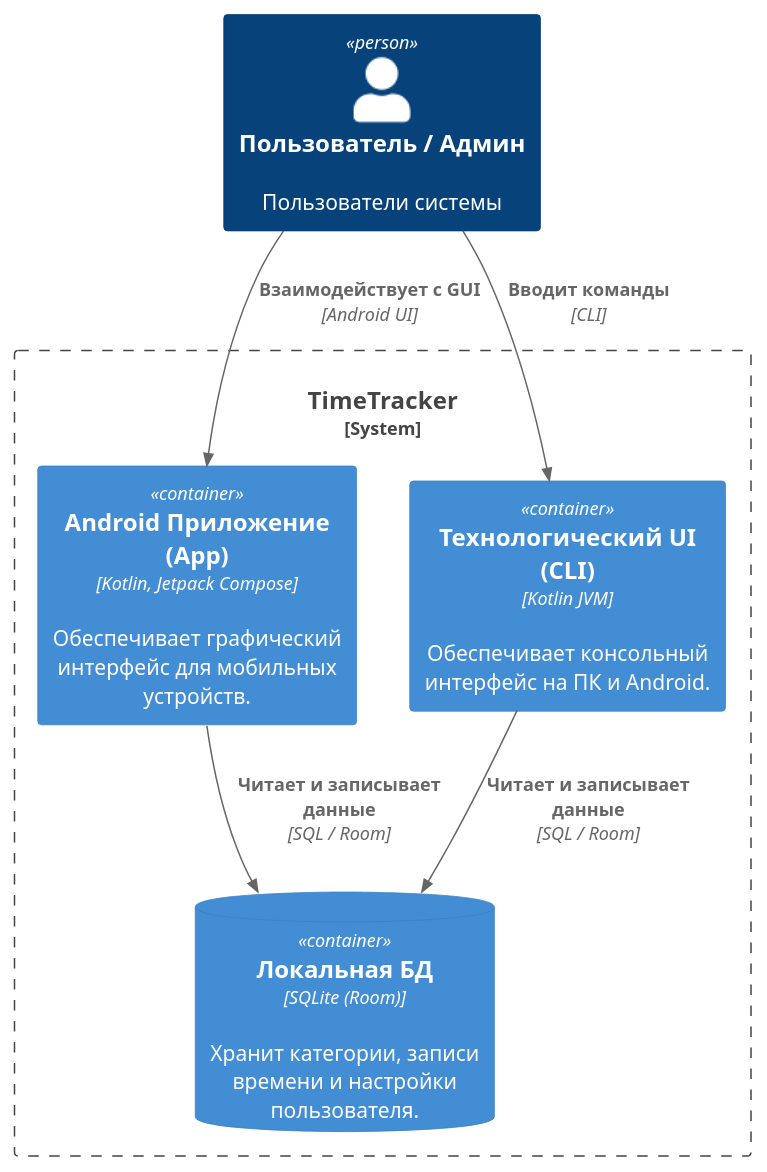
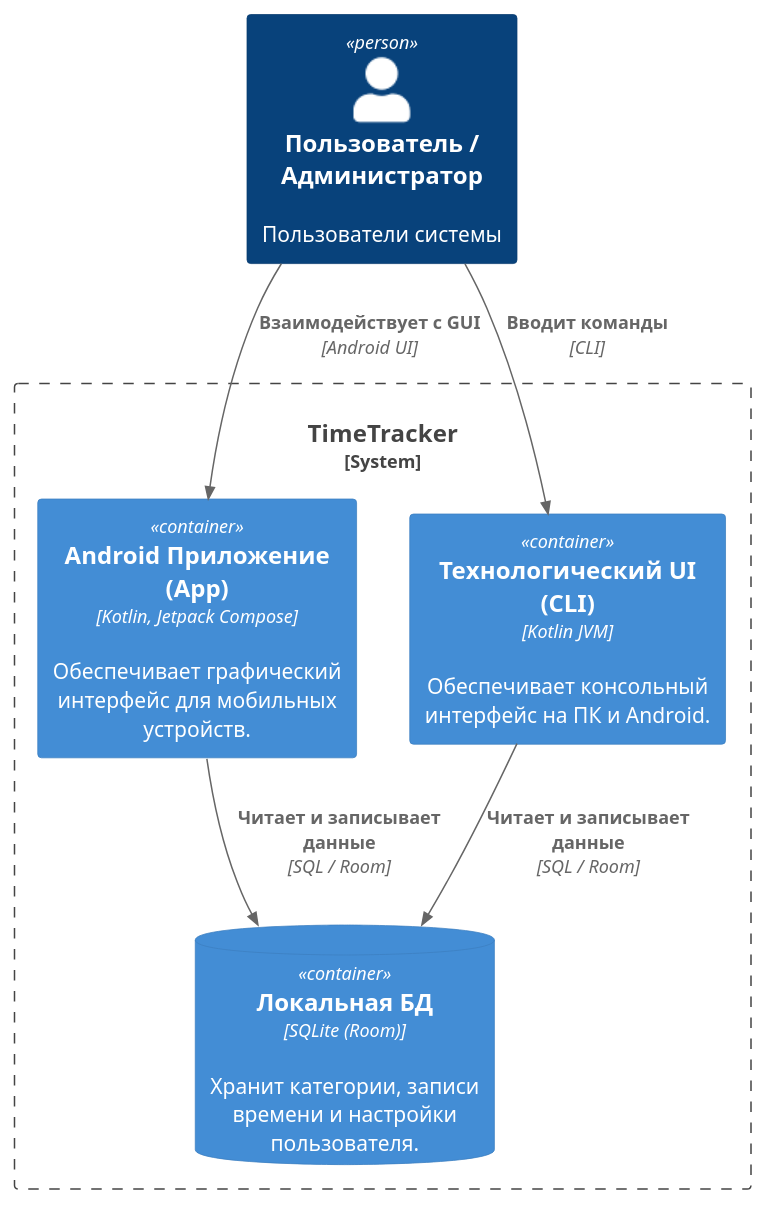
Before and after one commit to da-fuu/IU7_7sem_Web: the diagram in docs/L2.puml, drawn with PlantUML. The commit also changed 6 other files, not shown here.

```diff
--- a/docs/L2.puml
+++ b/docs/L2.puml
@@ -1,21 +1,21 @@
 @startuml
 !include <c4/C4_Container.puml>
 
-Person(user, "Пользователь / Админ", "Пользователи системы")
+Person(user, "Пользователь / Администратор", "Пользователи системы")
 
 System_Boundary(time_tracker_system, "TimeTracker") {
 
     Container(app, "Android Приложение (App)", "Kotlin, Jetpack Compose", "Обеспечивает графический интерфейс для мобильных устройств.")
 
     Container(tech_ui, "Технологический UI (CLI)", "Kotlin JVM", "Обеспечивает консольный интерфейс на ПК и Android.")
 
     ContainerDb(local_db, "Локальная БД", "SQLite (Room)", "Хранит категории, записи времени и настройки пользователя.")
 }
 
 Rel(user, app, "Взаимодействует с GUI", "Android UI")
 Rel(user, tech_ui, "Вводит команды", "CLI")
 
 Rel(app, local_db, "Читает и записывает данные", "SQL / Room")
 Rel(tech_ui, local_db, "Читает и записывает данные", "SQL / Room")
 
 @enduml
```
